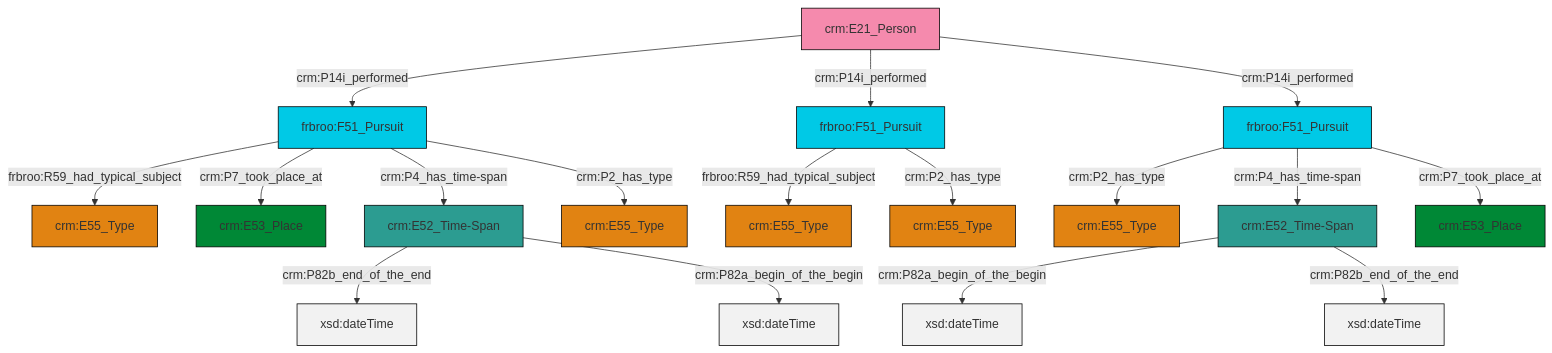
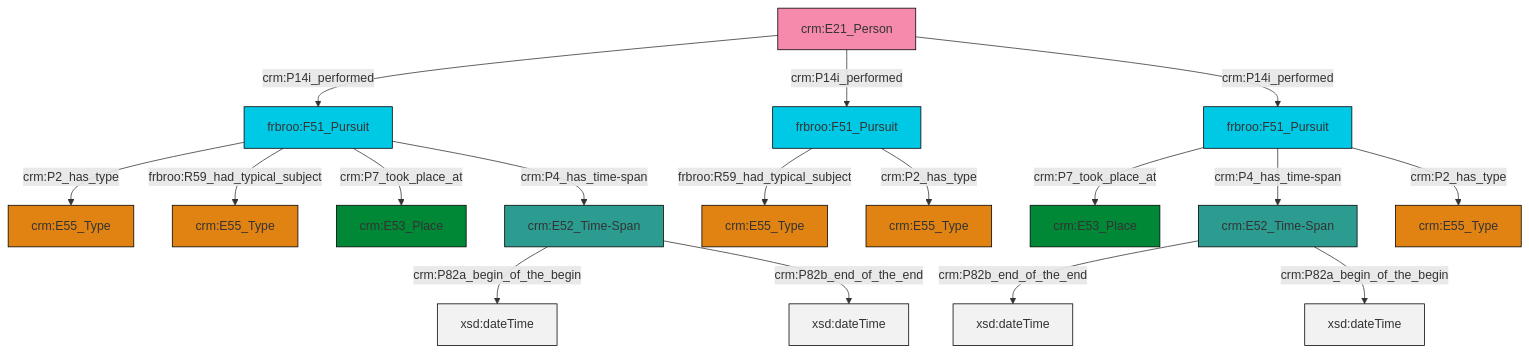
The diagram in et/personCSV/ttl/mmd/Person_Event.ttl.mmd (swiss-art-research-net/reference-data-models), drawn with Mermaid before and after one commit. The commit also changed 131 other files, not shown here.

```diff
--- a/et/personCSV/ttl/mmd/Person_Event.ttl.mmd
+++ b/et/personCSV/ttl/mmd/Person_Event.ttl.mmd
@@ -1,31 +1,31 @@
 graph TD
 classDef Literal fill:#f2f2f2,stroke:#000000;
 classDef CRM_Entity fill:#FFFFFF,stroke:#000000;
 classDef Temporal_Entity fill:#00C9E6, stroke:#000000;
 classDef Type fill:#E18312, stroke:#000000;
 classDef Time-Span fill:#2C9C91, stroke:#000000;
 classDef Appellation fill:#FFEB7F, stroke:#000000;
 classDef Place fill:#008836, stroke:#000000;
 classDef Persistent_Item fill:#B266B2, stroke:#000000;
 classDef Conceptual_Object fill:#FFD700, stroke:#000000;
 classDef Physical_Thing fill:#D2B48C, stroke:#000000;
 classDef Actor fill:#f58aad, stroke:#000000;
 classDef PC_Classes fill:#4ce600, stroke:#000000;
 classDef Multi fill:#cccccc,stroke:#000000;
 
-0["frbroo:F51_Pursuit"]:::Temporal_Entity -->|crm:P2_has_type| 2["crm:E55_Type"]:::Type
-3["crm:E21_Person"]:::Actor -->|crm:P14i_performed| 5["frbroo:F51_Pursuit"]:::Temporal_Entity
-3["crm:E21_Person"]:::Actor -->|crm:P14i_performed| 6["frbroo:F51_Pursuit"]:::Temporal_Entity
-3["crm:E21_Person"]:::Actor -->|crm:P14i_performed| 0["frbroo:F51_Pursuit"]:::Temporal_Entity
-6["frbroo:F51_Pursuit"]:::Temporal_Entity -->|frbroo:R59_had_typical_subject| 14["crm:E55_Type"]:::Type
-5["frbroo:F51_Pursuit"]:::Temporal_Entity -->|frbroo:R59_had_typical_subject| 15["crm:E55_Type"]:::Type
-5["frbroo:F51_Pursuit"]:::Temporal_Entity -->|crm:P7_took_place_at| 19["crm:E53_Place"]:::Place
-5["frbroo:F51_Pursuit"]:::Temporal_Entity -->|crm:P4_has_time-span| 20["crm:E52_Time-Span"]:::Time-Span
-10["crm:E52_Time-Span"]:::Time-Span -->|crm:P82a_begin_of_the_begin| 21[xsd:dateTime]:::Literal
-6["frbroo:F51_Pursuit"]:::Temporal_Entity -->|crm:P2_has_type| 22["crm:E55_Type"]:::Type
-0["frbroo:F51_Pursuit"]:::Temporal_Entity -->|crm:P4_has_time-span| 10["crm:E52_Time-Span"]:::Time-Span
-5["frbroo:F51_Pursuit"]:::Temporal_Entity -->|crm:P2_has_type| 8["crm:E55_Type"]:::Type
-10["crm:E52_Time-Span"]:::Time-Span -->|crm:P82b_end_of_the_end| 28[xsd:dateTime]:::Literal
-20["crm:E52_Time-Span"]:::Time-Span -->|crm:P82b_end_of_the_end| 29[xsd:dateTime]:::Literal
-0["frbroo:F51_Pursuit"]:::Temporal_Entity -->|crm:P7_took_place_at| 17["crm:E53_Place"]:::Place
-20["crm:E52_Time-Span"]:::Time-Span -->|crm:P82a_begin_of_the_begin| 31[xsd:dateTime]:::Literal
+2["crm:E52_Time-Span"]:::Time-Span -->|crm:P82b_end_of_the_end| 3[xsd:dateTime]:::Literal
+8["frbroo:F51_Pursuit"]:::Temporal_Entity -->|crm:P2_has_type| 9["crm:E55_Type"]:::Type
+10["frbroo:F51_Pursuit"]:::Temporal_Entity -->|crm:P7_took_place_at| 12["crm:E53_Place"]:::Place
+19["frbroo:F51_Pursuit"]:::Temporal_Entity -->|frbroo:R59_had_typical_subject| 4["crm:E55_Type"]:::Type
+6["crm:E21_Person"]:::Actor -->|crm:P14i_performed| 8["frbroo:F51_Pursuit"]:::Temporal_Entity
+6["crm:E21_Person"]:::Actor -->|crm:P14i_performed| 19["frbroo:F51_Pursuit"]:::Temporal_Entity
+8["frbroo:F51_Pursuit"]:::Temporal_Entity -->|frbroo:R59_had_typical_subject| 14["crm:E55_Type"]:::Type
+8["frbroo:F51_Pursuit"]:::Temporal_Entity -->|crm:P7_took_place_at| 16["crm:E53_Place"]:::Place
+19["frbroo:F51_Pursuit"]:::Temporal_Entity -->|crm:P2_has_type| 22["crm:E55_Type"]:::Type
+23["crm:E52_Time-Span"]:::Time-Span -->|crm:P82a_begin_of_the_begin| 24[xsd:dateTime]:::Literal
+10["frbroo:F51_Pursuit"]:::Temporal_Entity -->|crm:P4_has_time-span| 2["crm:E52_Time-Span"]:::Time-Span
+2["crm:E52_Time-Span"]:::Time-Span -->|crm:P82a_begin_of_the_begin| 25[xsd:dateTime]:::Literal
+6["crm:E21_Person"]:::Actor -->|crm:P14i_performed| 10["frbroo:F51_Pursuit"]:::Temporal_Entity
+23["crm:E52_Time-Span"]:::Time-Span -->|crm:P82b_end_of_the_end| 27[xsd:dateTime]:::Literal
+10["frbroo:F51_Pursuit"]:::Temporal_Entity -->|crm:P2_has_type| 0["crm:E55_Type"]:::Type
+8["frbroo:F51_Pursuit"]:::Temporal_Entity -->|crm:P4_has_time-span| 23["crm:E52_Time-Span"]:::Time-Span
```
